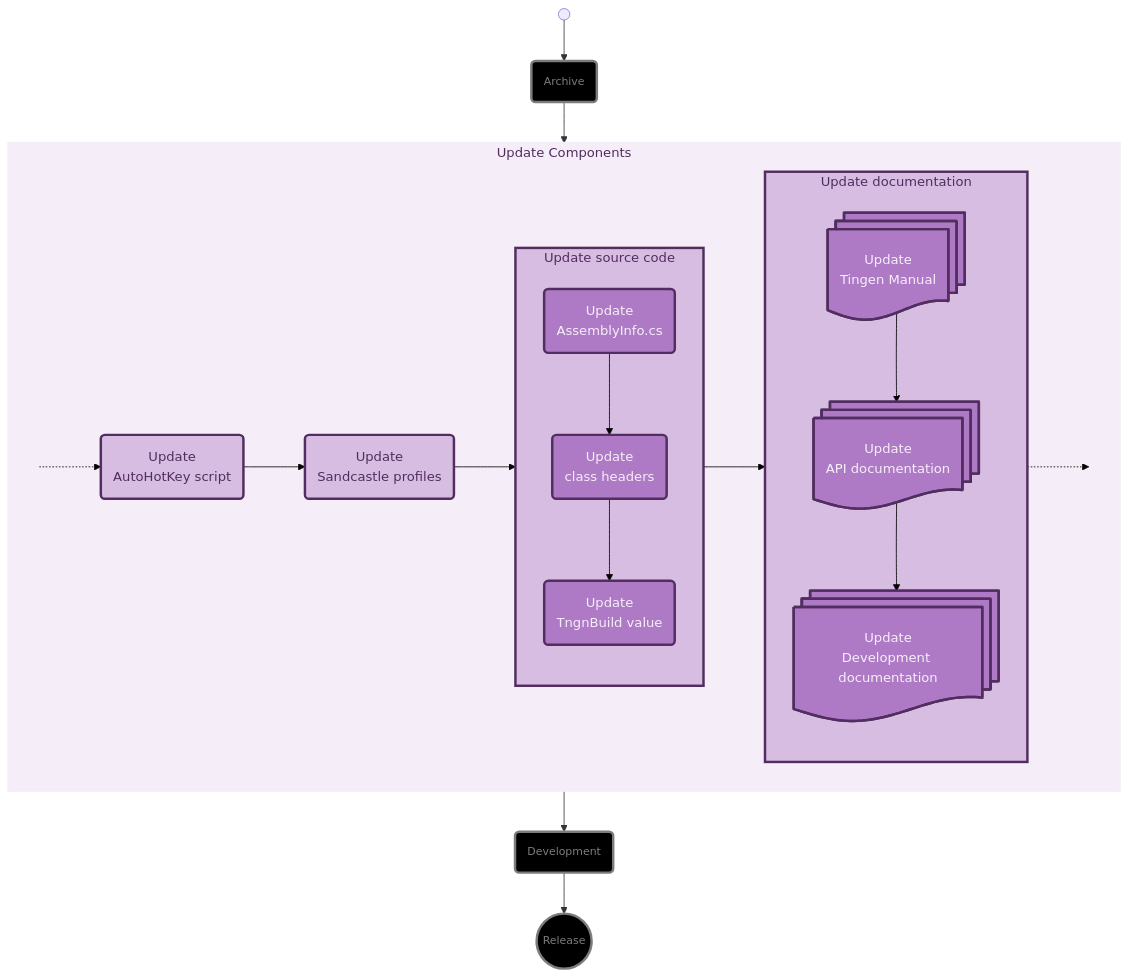
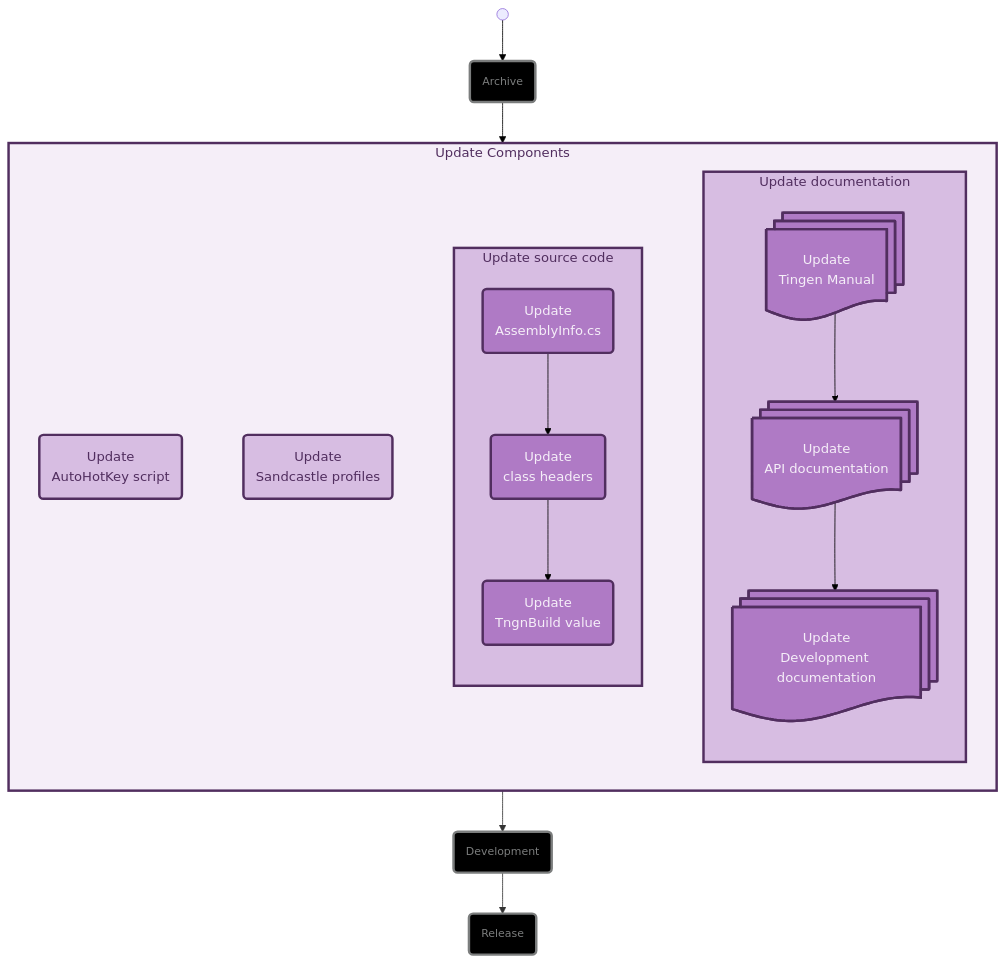
One commit to spectrum-health-systems/tingen-documentation changed the third of 5 diagrams in Development/Workflows/workflows.md. Above: the diagram before and after it, drawn with Mermaid. The commit also changed other lines of this file, not shown here.

````diff
--- a/Development/Workflows/workflows.md
+++ b/Development/Workflows/workflows.md
@@ -110,55 +107,47 @@
 ```mermaid
 flowchart TB 
   %% Components
   Start@{shape: sm-circ, label: "Start the workflow\n[sm-circ]"}
   Archive@{shape: rounded, label: "Archive"}
   Development@{shape: rounded, label: "Development"}
-  Release@{shape: circ, label: "Release"}
+  Release@{shape: rounded, label: "Release"}
 
   %% Subgraphs
   subgraph _UpdateComponents ["Update Components"]
     direction LR
     %% Components
     UpdateAutoHotKey@{shape: rounded, label: "Update\nAutoHotKey script"}
     UpdateSandCastleProfiles@{shape: rounded, label: "Update\nSandcastle profiles"}
-    UpdateStart:::Hidden -.-> UpdateAutoHotKey:::P6_ --> UpdateSandCastleProfiles:::P6_ --> _UpdateSourceCode:::P6_ --> _UpdateDocumentation:::P6_ -.-> UpdateEnd:::Hidden
+    UpdateAutoHotKey:::P6_ ~~~ UpdateSandCastleProfiles:::P6_ ~~~ _UpdateSourceCode:::P6_ ~~~ _UpdateDocumentation:::P6_
   end
 
   subgraph _UpdateSourceCode ["Update source code"]
     direction TB
     %% Components
     UpdateAssemblyInfo@{shape: rounded, label: "Update\nAssemblyInfo.cs"}
     UpdateClassHeaders@{shape: rounded, label: "Update\nclass headers"}
     UpdateTngnBuild@{shape: rounded, label: "Update\nTngnBuild value"}
     UpdateAssemblyInfo:::P7_ --> UpdateClassHeaders:::P7_ --> UpdateTngnBuild:::P7_
   end
 
   subgraph _UpdateDocumentation ["Update documentation"]
     direction TB
     %% Components
     UpdateTingenManual@{shape: docs, label: "Update\nTingen Manual"}
     UpdateAPIDocumentation@{shape: docs, label: "Update\nAPI documentation"}
     UpdateDevelopmentDocumentation@{shape: docs, label: "Update\nDevelopment documentation"}
     UpdateTingenManual:::P7_ --> UpdateAPIDocumentation:::P7_ --> UpdateDevelopmentDocumentation:::P7_
   end
 
   %% Layout
   Start --> Archive:::B7a_ --> _UpdateComponents:::P5_ --> Development:::B7a_ --> Release:::B7a_
 
   %% Styles
-  classDef P0_ stroke:#f5eef8,stroke-width:3px,fill:#f5eef8,color:#512e5f
-  classDef P1_ stroke:#f5eef8,stroke-width:3px,fill:#d7bde2,color:#512e5f
-  classDef P2_ stroke:#f5eef8,stroke-width:3px,fill:#af7ac5,color:#f5eef8
-  classDef P3_ stroke:#f5eef8,stroke-width:3px,fill:#884ea0,color:#f5eef8
-  classDef P4_ stroke:#f5eef8,stroke-width:3px,fill:#512e5f,color:#f5eef8
   classDef P5_ stroke:#512e5f,stroke-width:3px,fill:#f5eef8,color:#512e5f
   classDef P5a_ stroke:#512e5f,stroke-width:3px,fill:#f5eef8,color:#512e5f,font-size:8p
   classDef P6_ stroke:#512e5f,stroke-width:3px,fill:#d7bde2,color:#512e5f
   classDef P7_ stroke:#512e5f,stroke-width:3px,fill:#af7ac5,color:#f5eef8
-  classDef P8_ stroke:#512e5f,stroke-width:3px,fill:#884ea0,color:#f5eef8
-  classDef P9_ stroke:#512e5f,stroke-width:3px,fill:#512e5f,color:#f5eef8
   classDef B7a_ stroke:#7b7d7d,stroke-width:3px,fill:#000000,color:#7b7d7d,font-size: 10pt
-  classDef P5_ stroke:#f5eef8,stroke-width:3px,fill:#f5eef8,color:#512e5f
   classDef Hidden display: none;
-  linkStyle 0,1,2,3,4,5,6,7,8 stroke:#000000,stroke-width:1px
+  linkStyle 3,4,5,6,7,8 stroke:#000000,stroke-width:1px
 ```
````
